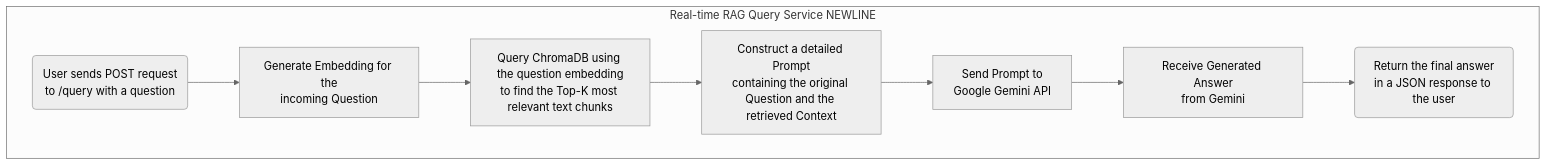
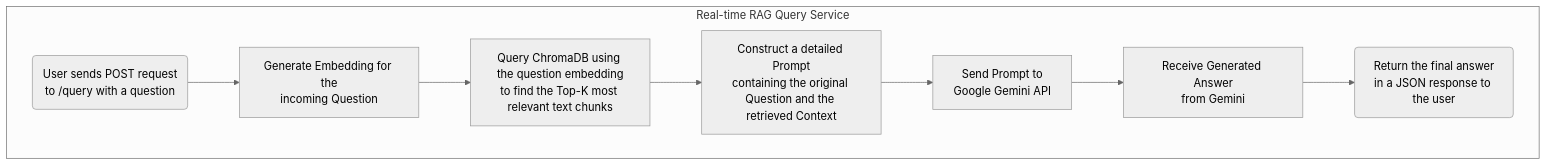
One commit to abdkhaleel/RAG-QnA-System changed the second of 2 diagrams in README.md. Above: the diagram before and after it, drawn with Mermaid (neutral theme).

````diff
--- a/README.md
+++ b/README.md
@@ -29,11 +29,11 @@
 ```mermaid
 flowchart TD
-    subgraph "Real-time RAG Query Service" NEWLINE
+    subgraph "Real-time RAG Query Service";
         A(User sends POST request<br>to /query with a question) --> B["Generate Embedding for the<br>incoming Question"];
         B --> C["Query ChromaDB using the question embedding<br>to find the Top-K most relevant text chunks"];
         C --> D["Construct a detailed Prompt<br>containing the original Question and the retrieved Context"];
         D --> E["Send Prompt to<br>Google Gemini API"];
         E --> F["Receive Generated Answer<br>from Gemini"];
         F --> G(Return the final answer<br>in a JSON response to the user);
     end
 ```
````
